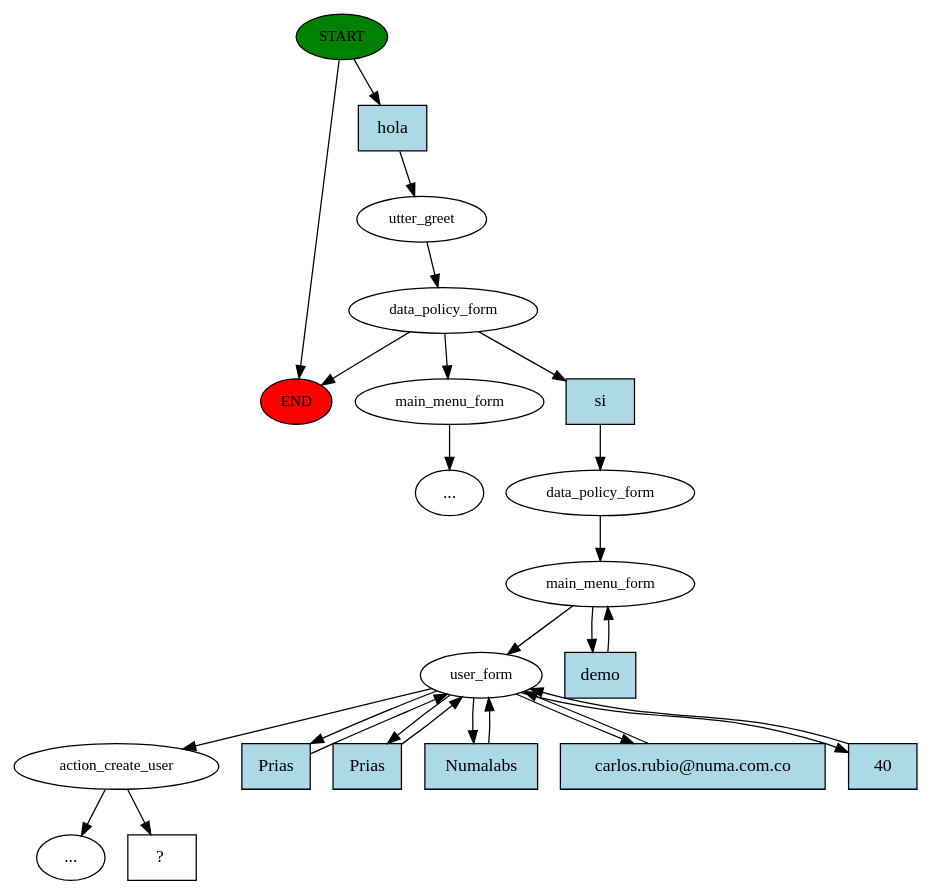
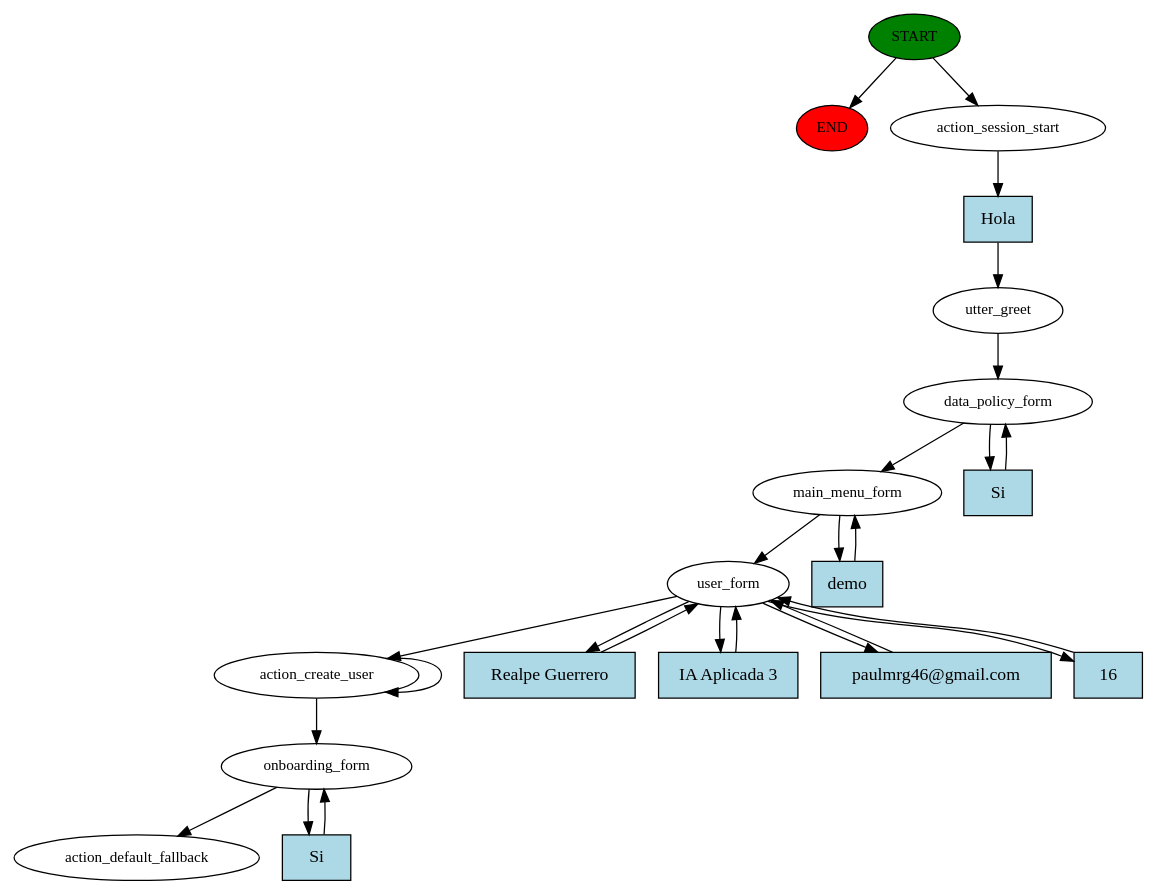
Before and after one commit to carlosfrubio/doit.cara_comercial: the diagram in story_graph.dot, drawn with Graphviz. The commit also changed 5 other files, not shown here.

Commit message:
Feat: Onboarding: Added onboarding form

```diff
--- a/story_graph.dot
+++ b/story_graph.dot
@@ -1,48 +1,45 @@
 digraph  {
 0 [class="start active", fillcolor=green, fontsize=12, label=START, style=filled];
 "-1" [class=end, fillcolor=red, fontsize=12, label=END, style=filled];
-1 [class=active, fontsize=12, label=utter_greet];
-2 [class=active, fontsize=12, label=data_policy_form];
-5 [class="", fontsize=12, label=main_menu_form];
-"-3" [class=ellipsis, label="..."];
-10 [class=active, fontsize=12, label=data_policy_form];
-11 [class=active, fontsize=12, label=main_menu_form];
-13 [class=active, fontsize=12, label=user_form];
-19 [class=active, fontsize=12, label=action_create_user];
-"-4" [class=ellipsis, label="..."];
-32 [class="intent dashed active", label="  ?  ", shape=rect];
-33 [class="intent active", fillcolor=lightblue, label=hola, shape=rect, style=filled];
-34 [class="intent active", fillcolor=lightblue, label=si, shape=rect, style=filled];
-35 [class="intent active", fillcolor=lightblue, label=demo, shape=rect, style=filled];
-36 [class="intent active", fillcolor=lightblue, label=Prias, shape=rect, style=filled];
-37 [class=intent, fillcolor=lightblue, label=Prias, shape=rect, style=filled];
-38 [class="intent active", fillcolor=lightblue, label=Numalabs, shape=rect, style=filled];
-39 [class="intent active", fillcolor=lightblue, label="carlos.rubio@numa.com.co", shape=rect, style=filled];
-40 [class="intent active", fillcolor=lightblue, label=40, shape=rect, style=filled];
+1 [class=active, fontsize=12, label=action_session_start];
+2 [class=active, fontsize=12, label=utter_greet];
+3 [class=active, fontsize=12, label=data_policy_form];
+5 [class=active, fontsize=12, label=main_menu_form];
+7 [class=active, fontsize=12, label=user_form];
+13 [class=active, fontsize=12, label=action_create_user];
+15 [class=active, fontsize=12, label=onboarding_form];
+19 [class="dashed active", fontsize=12, label=action_default_fallback];
+20 [class="intent active", fillcolor=lightblue, label=Hola, shape=rect, style=filled];
+21 [class="intent active", fillcolor=lightblue, label=Si, shape=rect, style=filled];
+22 [class="intent active", fillcolor=lightblue, label=demo, shape=rect, style=filled];
+23 [class="intent active", fillcolor=lightblue, label="Realpe Guerrero", shape=rect, style=filled];
+24 [class="intent active", fillcolor=lightblue, label="IA Aplicada 3", shape=rect, style=filled];
+25 [class="intent active", fillcolor=lightblue, label="paulmrg46@gmail.com", shape=rect, style=filled];
+26 [class="intent active", fillcolor=lightblue, label=16, shape=rect, style=filled];
+27 [class="intent active", fillcolor=lightblue, label=Si, shape=rect, style=filled];
 0 -> "-1"  [class="", key=NONE, label=""];
-0 -> 33  [class=active, key=0];
-1 -> 2  [class=active, key=NONE, label=""];
-2 -> "-1"  [class="", key=NONE, label=""];
-2 -> 5  [class="", key=NONE, label=""];
-2 -> 34  [class=active, key=0];
-5 -> "-3"  [class="", key=NONE, label=""];
-10 -> 11  [class=active, key=NONE, label=""];
-11 -> 13  [class=active, key=NONE, label=""];
-11 -> 35  [class=active, key=0];
-13 -> 19  [class=active, key=NONE, label=""];
-13 -> 36  [class=active, key=0];
-13 -> 37  [class="", key=0];
-13 -> 38  [class=active, key=0];
-13 -> 39  [class=active, key=0];
-13 -> 40  [class=active, key=0];
-19 -> "-4"  [class="", key=NONE, label=""];
-19 -> 32  [class=active, key=NONE, label=""];
-33 -> 1  [class=active, key=0];
-34 -> 10  [class=active, key=0];
-35 -> 11  [class=active, key=0];
-36 -> 13  [class=active, key=0];
-37 -> 13  [class="", key=0];
-38 -> 13  [class=active, key=0];
-39 -> 13  [class=active, key=0];
-40 -> 13  [class=active, key=0];
+0 -> 1  [class=active, key=NONE, label=""];
+1 -> 20  [class=active, key=0];
+2 -> 3  [class=active, key=NONE, label=""];
+3 -> 5  [class=active, key=NONE, label=""];
+3 -> 21  [class=active, key=0];
+5 -> 7  [class=active, key=NONE, label=""];
+5 -> 22  [class=active, key=0];
+7 -> 13  [class=active, key=NONE, label=""];
+7 -> 23  [class=active, key=0];
+7 -> 24  [class=active, key=0];
+7 -> 25  [class=active, key=0];
+7 -> 26  [class=active, key=0];
+13 -> 15  [class=active, key=NONE, label=""];
+13 -> 13  [class=active, key=NONE, label=""];
+15 -> 19  [class=active, key=NONE, label=""];
+15 -> 27  [class=active, key=0];
+20 -> 2  [class=active, key=0];
+21 -> 3  [class=active, key=0];
+22 -> 5  [class=active, key=0];
+23 -> 7  [class=active, key=0];
+24 -> 7  [class=active, key=0];
+25 -> 7  [class=active, key=0];
+26 -> 7  [class=active, key=0];
+27 -> 15  [class=active, key=0];
 }
```
